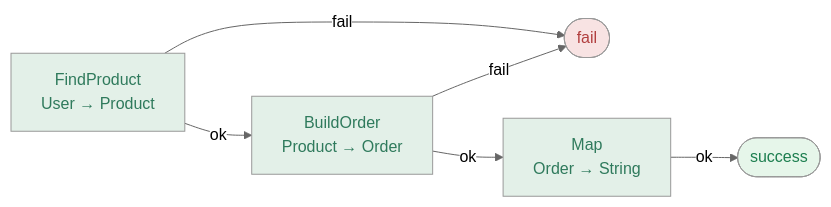
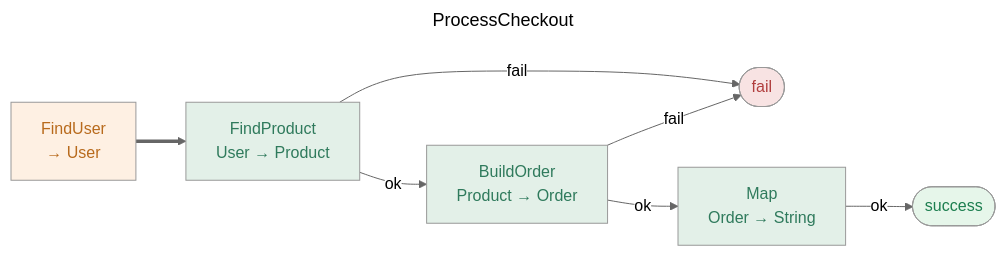
Before and after one commit to reslava/nuget-package-reslava-result: the eighth of 10 diagrams in mkdocs/demo/flow-catalog.md, drawn with Mermaid (neutral theme). The commit also changed other lines of this file and 22 other files, not shown here.

First line of the commit message:
feat: v1.47.1 — Diagram title, root entry node, code action fixes

````diff
--- a/mkdocs/demo/flow-catalog.md
+++ b/mkdocs/demo/flow-catalog.md
@@ -241,21 +258,26 @@
 ```mermaid
+---
+title: ProcessCheckout
+---
 flowchart LR
+    ENTRY_ROOT["FindUser<br/>→ User"]:::operation ==> N0_FindProduct
     N0_FindProduct["FindProduct<br/>User → Product"]:::transform
     N0_FindProduct -->|ok| N1_BuildOrder
     N0_FindProduct -->|fail| FAIL
     N1_BuildOrder["BuildOrder<br/>Product → Order"]:::transform
     N1_BuildOrder -->|ok| N2_Map
     N1_BuildOrder -->|fail| FAIL
     N2_Map["Map<br/>Order → String"]:::transform
     N2_Map -->|ok| SUCCESS
     SUCCESS([success]):::success
     FAIL([fail])
     FAIL:::failure
+    classDef operation fill:#fef0e3,color:#b86a1c
     classDef transform fill:#e3f0e8,color:#2f7a5c
     classDef success fill:#e6f6ea,color:#1c7e4f
     classDef failure fill:#f8e3e3,color:#b13e3e
 %% --- Node correlation (ReasonMetadata.NodeId / PipelineStep) ---
 %%   N0_FindProduct → FindProduct
 %%   N1_BuildOrder → BuildOrder
 %%   N2_Map → Map
 ```
````
